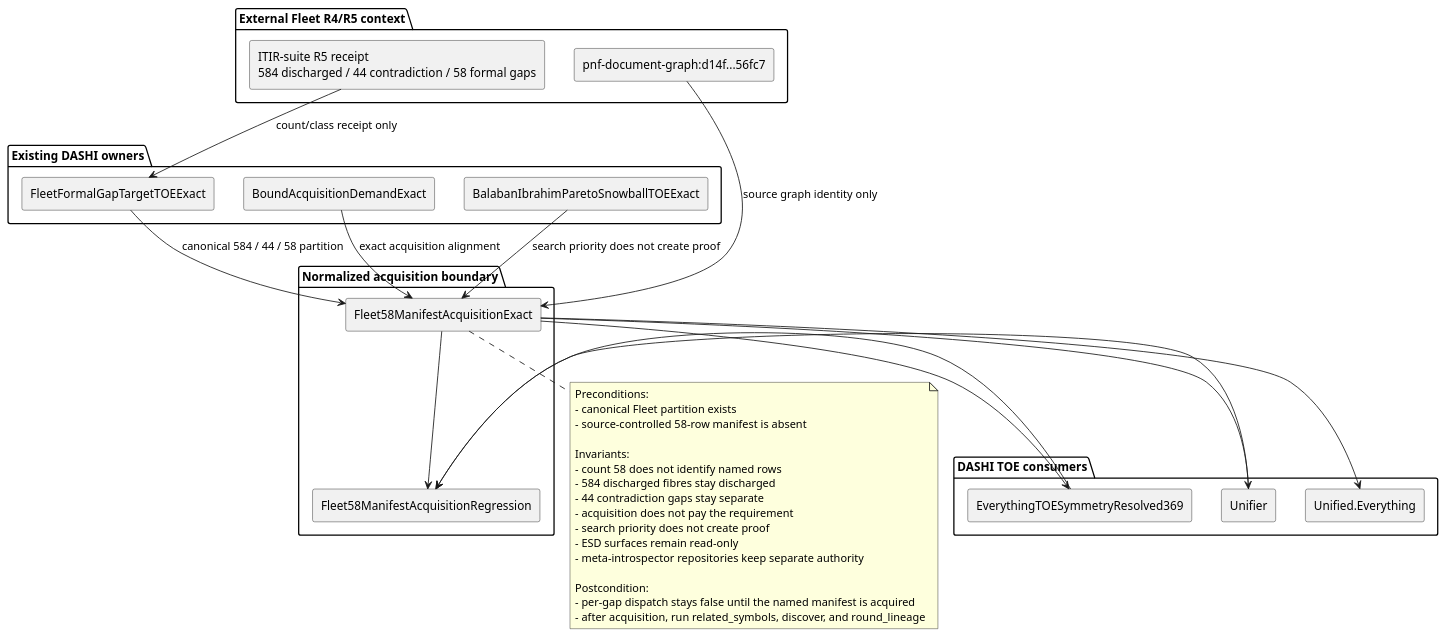
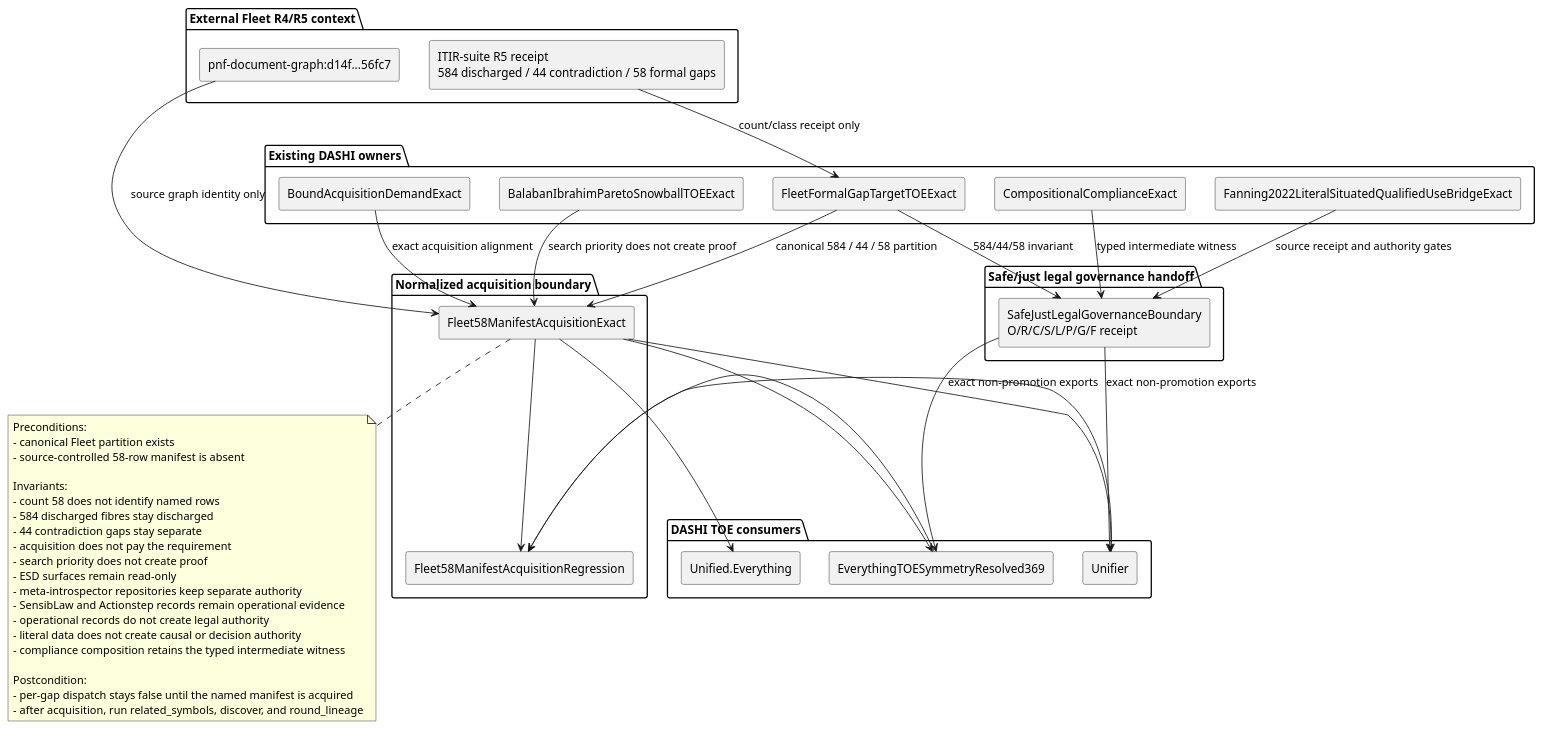
One commit to chboishabba/dashi_agda changed the diagram in Docs/architecture/Fleet58ManifestAcquisitionTOE.puml. Above: the diagram before and after it, drawn with PlantUML.

Commit message:
Docs: attach safe-just legal governance lane to Fleet58 C4 view

```diff
--- a/Docs/architecture/Fleet58ManifestAcquisitionTOE.puml
+++ b/Docs/architecture/Fleet58ManifestAcquisitionTOE.puml
@@ -1,58 +1,73 @@
 @startuml Fleet58ManifestAcquisitionTOE
 skinparam componentStyle rectangle
 
 package "External Fleet R4/R5 context" {
   component "ITIR-suite R5 receipt\n584 discharged / 44 contradiction / 58 formal gaps" as R5
   component "pnf-document-graph:d14f...56fc7" as Graph
 }
 
 package "Existing DASHI owners" {
+  component "CompositionalComplianceExact" as Compliance
+  component "Fanning2022LiteralSituatedQualifiedUseBridgeExact" as FanningLiteral
   component "FleetFormalGapTargetTOEExact" as Fleet
   component "BoundAcquisitionDemandExact" as Bound
   component "BalabanIbrahimParetoSnowballTOEExact" as Pareto
 }
 
 package "Normalized acquisition boundary" {
   component "Fleet58ManifestAcquisitionExact" as Manifest
   component "Fleet58ManifestAcquisitionRegression" as Regression
+}
+
+package "Safe/just legal governance handoff" {
+  component "SafeJustLegalGovernanceBoundary\nO/R/C/S/L/P/G/F receipt" as SafeJustLegal
 }
 
 package "DASHI TOE consumers" {
   component "EverythingTOESymmetryResolved369" as TOE
   component "Unifier" as Unifier
   component "Unified.Everything" as Unified
 }
 
 R5 --> Fleet : count/class receipt only
 Graph --> Manifest : source graph identity only
 Fleet --> Manifest : canonical 584 / 44 / 58 partition
 Bound --> Manifest : exact acquisition alignment
 Pareto --> Manifest : search priority does not create proof
+Compliance --> SafeJustLegal : typed intermediate witness
+FanningLiteral --> SafeJustLegal : source receipt and authority gates
+Fleet --> SafeJustLegal : 584/44/58 invariant
+SafeJustLegal --> TOE : exact non-promotion exports
+SafeJustLegal --> Unifier : exact non-promotion exports
 
 Manifest --> TOE
 Manifest --> Unifier
 Manifest --> Unified
 Manifest --> Regression
 TOE --> Regression
 Unifier --> Regression
 
 note bottom of Manifest
 Preconditions:
 - canonical Fleet partition exists
 - source-controlled 58-row manifest is absent
 
 Invariants:
 - count 58 does not identify named rows
 - 584 discharged fibres stay discharged
 - 44 contradiction gaps stay separate
 - acquisition does not pay the requirement
 - search priority does not create proof
 - ESD surfaces remain read-only
 - meta-introspector repositories keep separate authority
+- SensibLaw and Actionstep records remain operational evidence
+- operational records do not create legal authority
+- literal data does not create causal or decision authority
+- compliance composition retains the typed intermediate witness
 
 Postcondition:
 - per-gap dispatch stays false until the named manifest is acquired
 - after acquisition, run related_symbols, discover, and round_lineage
 end note
 
 @enduml
```
